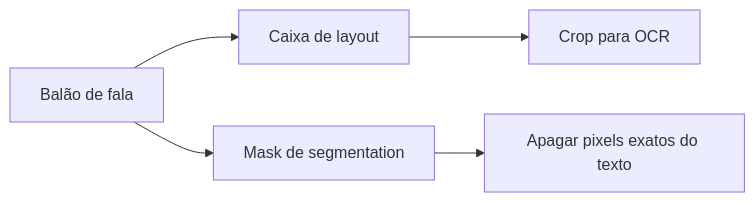
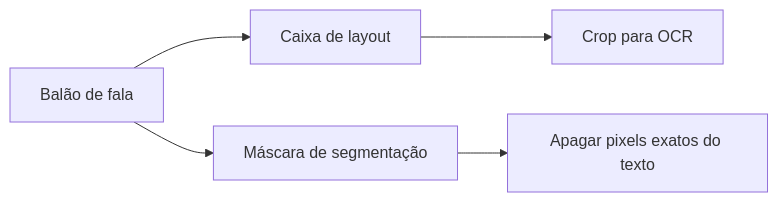
One commit to lekoOwO/koharu changed the second of 2 diagrams in docs/pt-BR/explanation/technical-deep-dive.md. Above: the diagram before and after it, drawn with Mermaid. The commit also changed other lines of this file and 5 other files, not shown here.

````diff
--- a/docs/pt-BR/explanation/technical-deep-dive.md
+++ b/docs/pt-BR/explanation/technical-deep-dive.md
@@ -90,7 +90,7 @@
 ```mermaid
 flowchart LR
     A[Balão de fala] --> B[Caixa de layout]
-    A --> C[Mask de segmentation]
+    A --> C[Máscara de segmentação]
     B --> D[Crop para OCR]
     C --> E[Apagar pixels exatos do texto]
 ```
````
